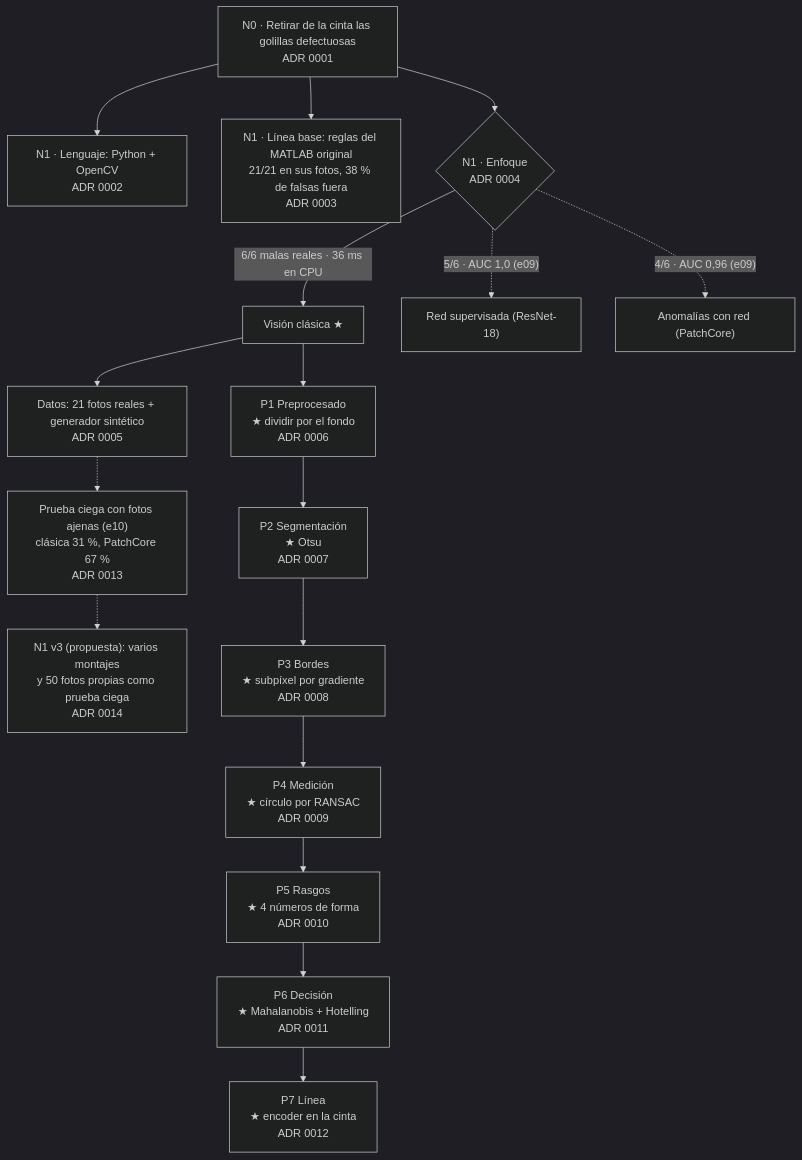
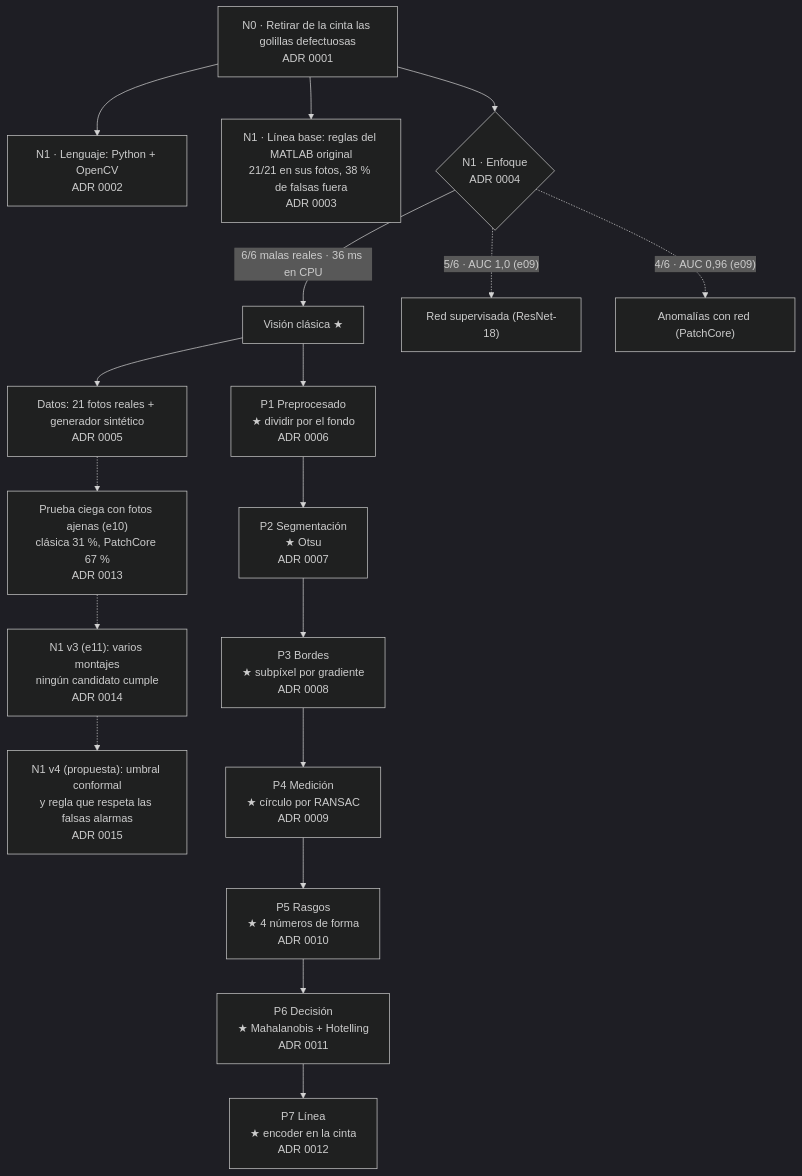
The diagram in docs/arbol.md (CarryMankeke/inspeccion-golillas), drawn with Mermaid (dark theme) before and after one commit. The commit also changed 9 other files, not shown here.

Commit message:
e11 (N1 v3): ningún candidato cumple el criterio del ADR 0014; las clásicas pierden el 6/6 propio, PatchCore ordena bien pero su umbral es prudente; la regla de respaldo (solo detección) eligió la fusión y no se adopta; EI no ciego solo informa

````diff
--- a/docs/arbol.md
+++ b/docs/arbol.md
@@ -12,20 +12,21 @@
 ```mermaid
 flowchart TD
     N0["N0 · Retirar de la cinta las golillas defectuosas<br/>ADR 0001"]
     N0 --> L["N1 · Lenguaje: Python + OpenCV<br/>ADR 0002"]
     N0 --> B["N1 · Línea base: reglas del MATLAB original<br/>21/21 en sus fotos, 38 % de falsas fuera<br/>ADR 0003"]
     N0 --> E{"N1 · Enfoque<br/>ADR 0004"}
     E -->|"6/6 malas reales · 36 ms en CPU"| C["Visión clásica ★"]
     E -.->|"5/6 · AUC 1,0 (e09)"| RS["Red supervisada (ResNet-18)"]
     E -.->|"4/6 · AUC 0,96 (e09)"| PC["Anomalías con red (PatchCore)"]
     C --> D["Datos: 21 fotos reales + generador sintético<br/>ADR 0005"]
     D -.-> DP["Prueba ciega con fotos ajenas (e10)<br/>clásica 31 %, PatchCore 67 %<br/>ADR 0013"]
-    DP -.-> V3["N1 v3 (propuesta): varios montajes<br/>y 50 fotos propias como prueba ciega<br/>ADR 0014"]
+    DP -.-> V3["N1 v3 (e11): varios montajes<br/>ningún candidato cumple<br/>ADR 0014"]
+    V3 -.-> V4["N1 v4 (propuesta): umbral conformal<br/>y regla que respeta las falsas alarmas<br/>ADR 0015"]
     C --> P1["P1 Preprocesado<br/>★ dividir por el fondo<br/>ADR 0006"]
     P1 --> P2["P2 Segmentación<br/>★ Otsu<br/>ADR 0007"]
     P2 --> P3["P3 Bordes<br/>★ subpíxel por gradiente<br/>ADR 0008"]
     P3 --> P4["P4 Medición<br/>★ círculo por RANSAC<br/>ADR 0009"]
     P4 --> P5["P5 Rasgos<br/>★ 4 números de forma<br/>ADR 0010"]
     P5 --> P6["P6 Decisión<br/>★ Mahalanobis + Hotelling<br/>ADR 0011"]
     P6 --> P7["P7 Línea<br/>★ encoder en la cinta<br/>ADR 0012"]
 ```
````
